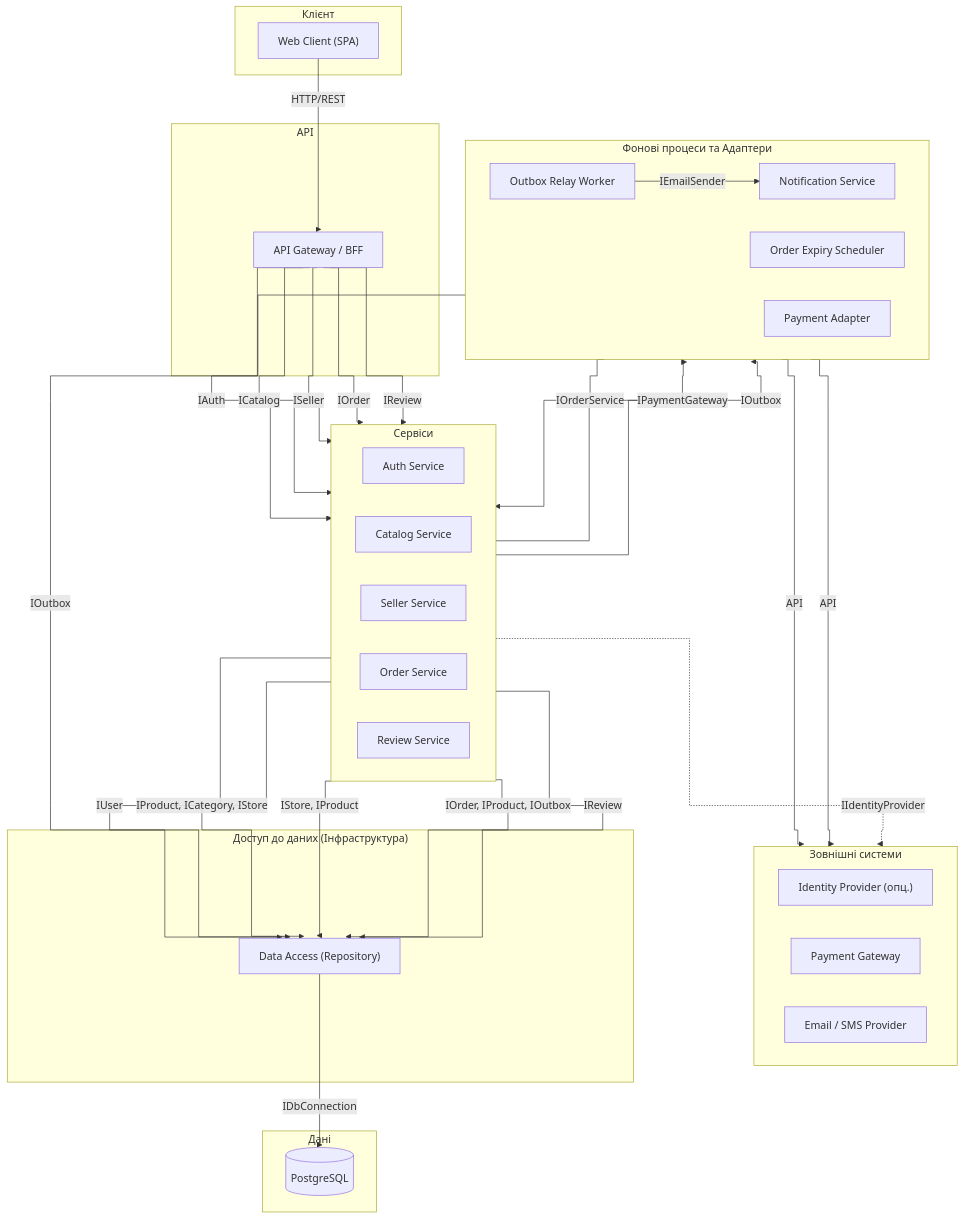
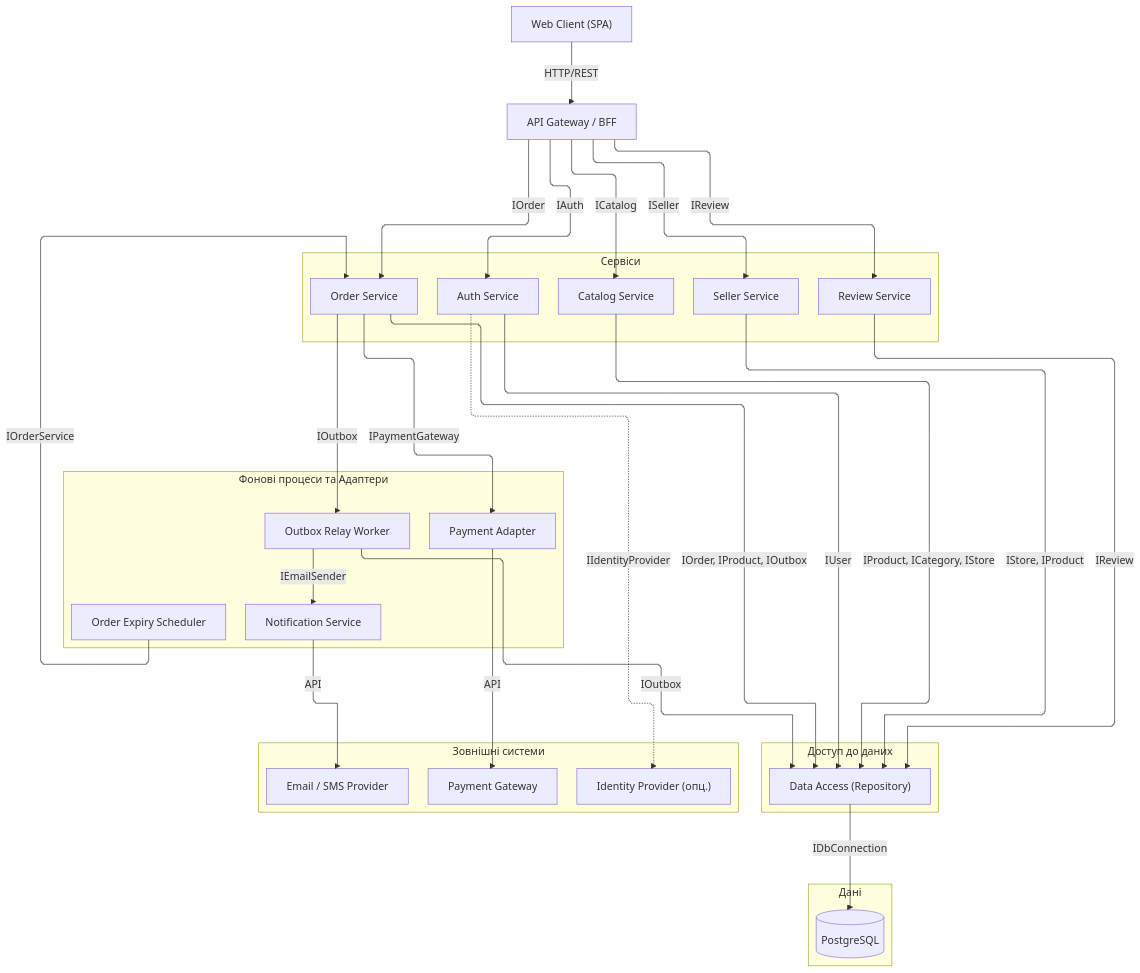
The diagram in task-5/component.md (Stefect/Modeling-and-Analysis-of-Software-Requirements), drawn with Mermaid before and after one commit. The commit also changed other lines of this file, not shown here.

Commit message:
refactor: elk-рендерер, ортогональні стрілки, розширені відступи

````diff
--- a/task-5/component.md
+++ b/task-5/component.md
@@ -9,80 +9,63 @@
 ```mermaid
-%%{init: {"flowchart": {"curve": "step"}}}%%
+%%{init: {"flowchart": {"defaultRenderer": "elk", "curve": "step", "nodeSpacing": 40, "rankSpacing": 60}}}%%
 flowchart TB
-    %% --- Клієнт ---
-    subgraph Client["Клієнт"]
-        WebClient["Web Client (SPA)"]
-    end
+    %% --- Клієнт та API ---
+    WebClient["Web Client (SPA)"] -->|HTTP/REST| Gateway["API Gateway / BFF"]
 
-    %% --- API ---
-    subgraph API["API"]
-        Gateway["API Gateway / BFF"]
-    end
-
-    %% --- Сервіси ---
+    %% --- Центральна бізнес-логіка (Сервіси) ---
     subgraph Services["Сервіси"]
-        direction LR
         AuthService["Auth Service"]
         CatalogService["Catalog Service"]
         SellerService["Seller Service"]
         OrderService["Order Service"]
         ReviewService["Review Service"]
     end
 
-    %% --- Воркери та адаптери (теж інфраструктура, але верхній шар) ---
-    subgraph Workers["Фонові процеси та Адаптери"]
-        direction LR
-        NotificationService["Notification Service"]
-        ExpiryScheduler["Order Expiry Scheduler"]
-        PaymentAdapter["Payment Adapter"]
-        OutboxRelay["Outbox Relay Worker"]
-    end
-
-    %% --- Зовнішні системи ---
-    subgraph External["Зовнішні системи"]
-        direction LR
-        IdentityProvider["Identity Provider (опц.)"]
-        PaymentGateway["Payment Gateway"]
-        EmailProvider["Email / SMS Provider"]
-    end
-
-    %% --- База та доступ до неї ---
-    subgraph DAL["Доступ до даних (Інфраструктура)"]
-        DataAccess["Data Access (Repository)"]
-    end
-
-    subgraph Data["Дані"]
-        Database[("PostgreSQL")]
-    end
-
-    %% ==========================================
-    %% ЗВ'ЯЗКИ (Згори донизу)
-    %% ==========================================
-
-    WebClient -->|HTTP/REST| Gateway
-
     Gateway -->|IAuth| AuthService
     Gateway -->|ICatalog| CatalogService
     Gateway -->|ISeller| SellerService
     Gateway -->|IOrder| OrderService
     Gateway -->|IReview| ReviewService
 
-    AuthService -.->|IIdentityProvider| IdentityProvider
-    PaymentAdapter -->|API| PaymentGateway
-    NotificationService -->|API| EmailProvider
+    %% --- Фонові процеси та Адаптери ---
+    subgraph Workers["Фонові процеси та Адаптери"]
+        ExpiryScheduler["Order Expiry Scheduler"]
+        PaymentAdapter["Payment Adapter"]
+        OutboxRelay["Outbox Relay Worker"]
+        NotificationService["Notification Service"]
+    end
 
     ExpiryScheduler -->|IOrderService| OrderService
     OrderService -->|IPaymentGateway| PaymentAdapter
     OrderService -->|IOutbox| OutboxRelay
     OutboxRelay -->|IEmailSender| NotificationService
 
-    %% Зв'язки до репозиторію (йдуть строго вниз)
+    %% --- Рівень Даних (DAL) ---
+    subgraph DAL["Доступ до даних"]
+        DataAccess["Data Access (Repository)"]
+    end
+
     AuthService -->|IUser| DataAccess
     CatalogService -->|IProduct, ICategory, IStore| DataAccess
     SellerService -->|IStore, IProduct| DataAccess
     OrderService -->|IOrder, IProduct, IOutbox| DataAccess
     ReviewService -->|IReview| DataAccess
     OutboxRelay -->|IOutbox| DataAccess
 
+    %% --- База даних ---
+    subgraph Data["Дані"]
+        Database[("PostgreSQL")]
+    end
     DataAccess -->|IDbConnection| Database
+
+    %% --- Зовнішні системи ---
+    subgraph External["Зовнішні системи"]
+        IdentityProvider["Identity Provider (опц.)"]
+        PaymentGateway["Payment Gateway"]
+        EmailProvider["Email / SMS Provider"]
+    end
+
+    AuthService -.->|IIdentityProvider| IdentityProvider
+    PaymentAdapter -->|API| PaymentGateway
+    NotificationService -->|API| EmailProvider
 ```
````
